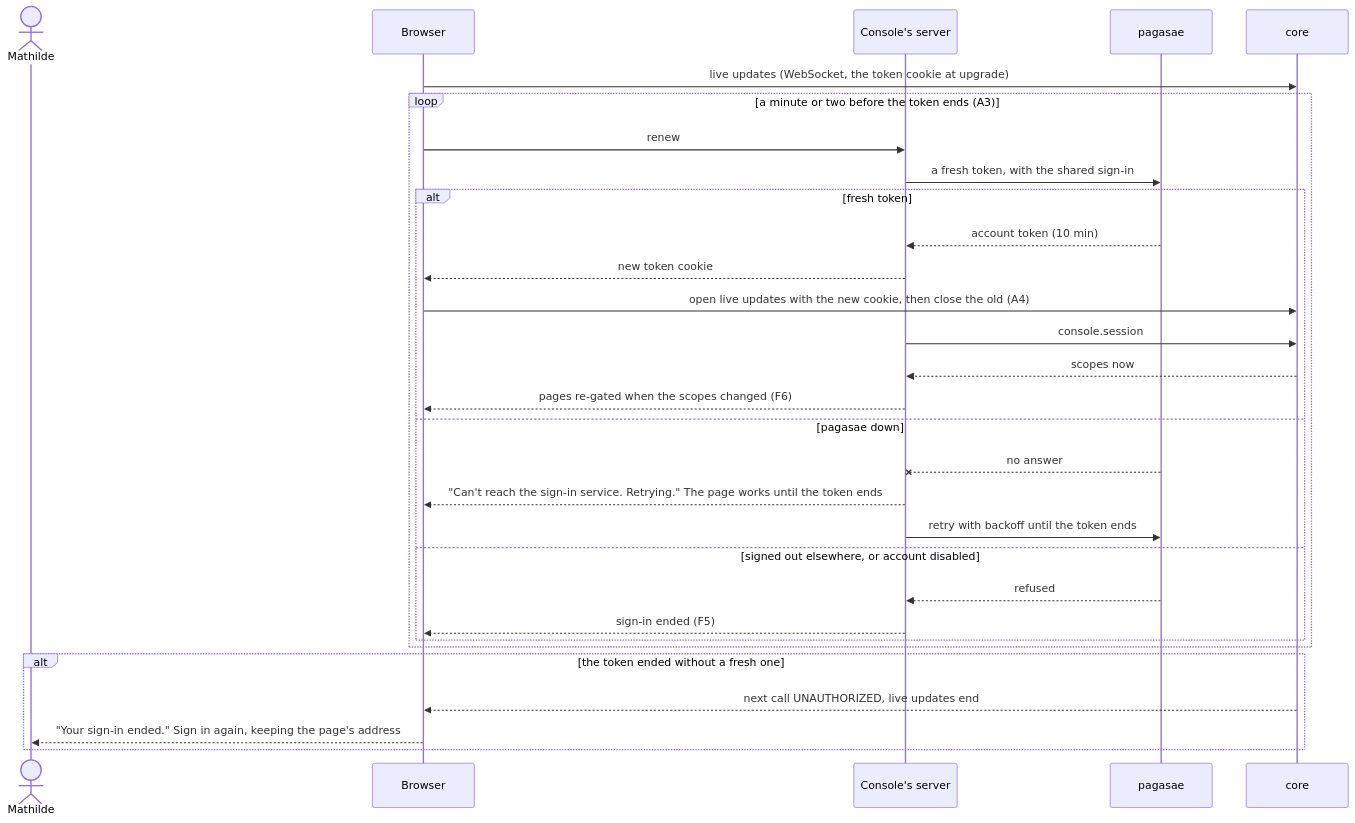
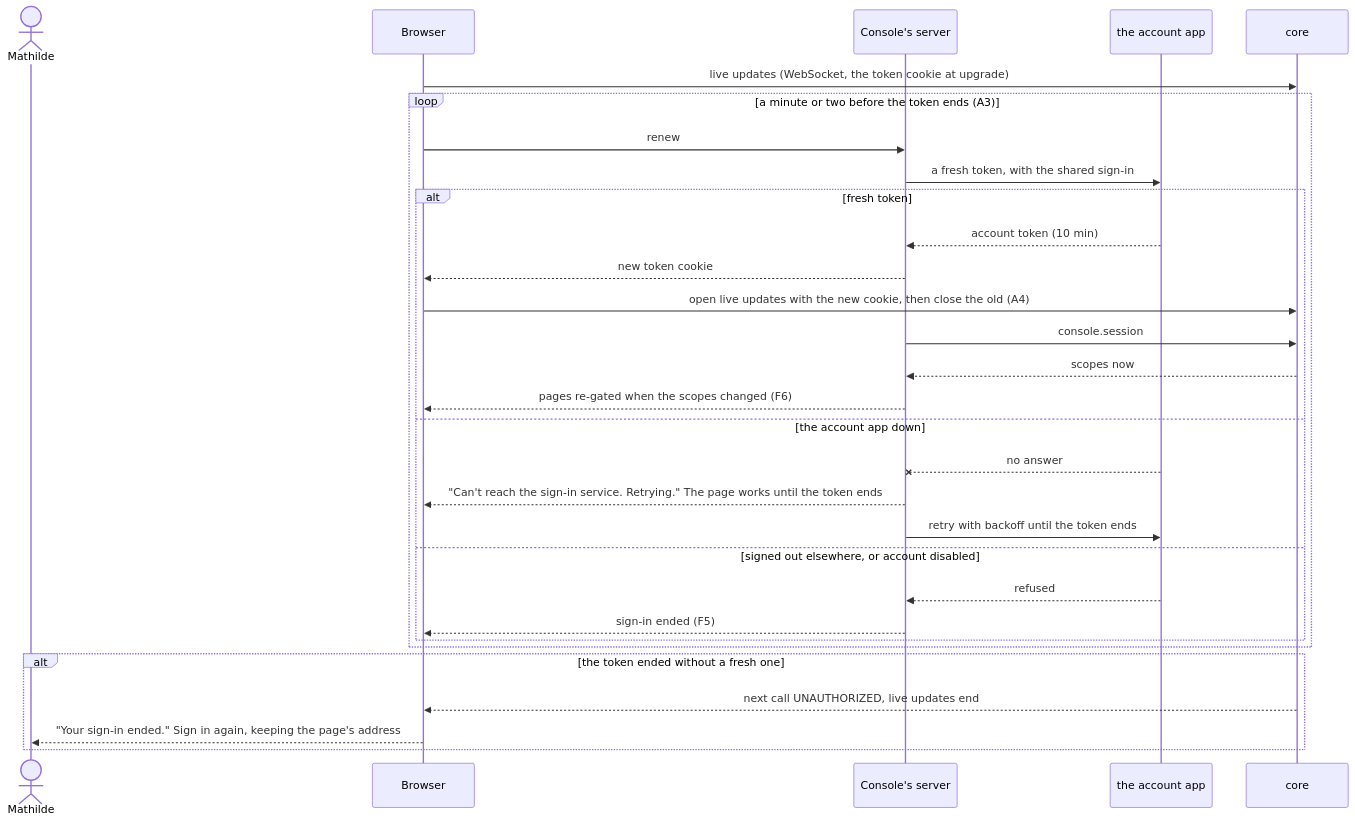
Before and after one commit to ThomasHendrickx/aeolus-fleet: the third of 10 diagrams in docs/design/accounts/console.md, drawn with Mermaid. The commit also changed other lines of this file and 157 other files, not shown here.

Commit message:
refactor: use neutral account app terminology

````diff
--- a/docs/design/accounts/console.md
+++ b/docs/design/accounts/console.md
@@ -147,32 +147,32 @@
 ```mermaid
 sequenceDiagram
   actor M as Mathilde
   participant B as Browser
   participant K as Console's server
-  participant P as pagasae
+  participant P as the account app
   participant C as core
   B->>C: live updates (WebSocket, the token cookie at upgrade)
   loop a minute or two before the token ends (A3)
     B->>K: renew
     K->>P: a fresh token, with the shared sign-in
     alt fresh token
       P-->>K: account token (10 min)
       K-->>B: new token cookie
       B->>C: open live updates with the new cookie, then close the old (A4)
       K->>C: console.session
       C-->>K: scopes now
       K-->>B: pages re-gated when the scopes changed (F6)
-    else pagasae down
+    else the account app down
       P--xK: no answer
       K-->>B: "Can't reach the sign-in service. Retrying." The page works until the token ends
       K->>P: retry with backoff until the token ends
     else signed out elsewhere, or account disabled
       P-->>K: refused
       K-->>B: sign-in ended (F5)
     end
   end
   alt the token ended without a fresh one
     C-->>B: next call UNAUTHORIZED, live updates end
     B-->>M: "Your sign-in ended." Sign in again, keeping the page's address
   end
 ```
````
